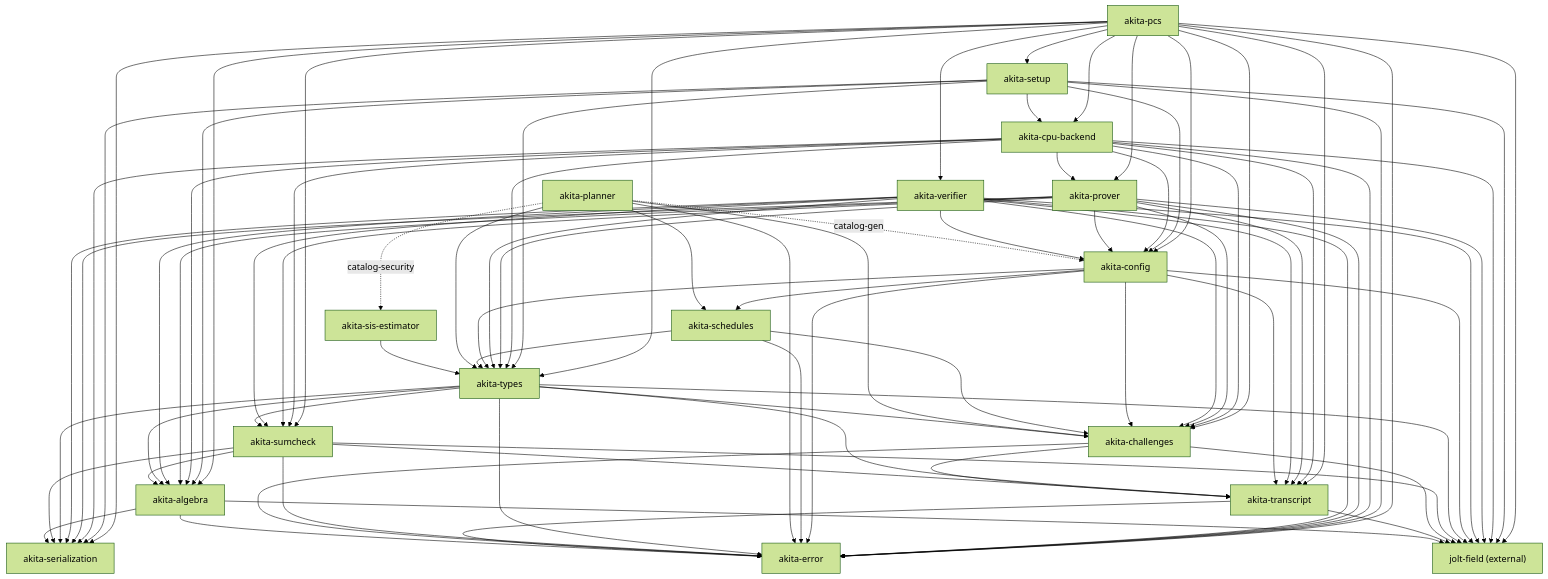
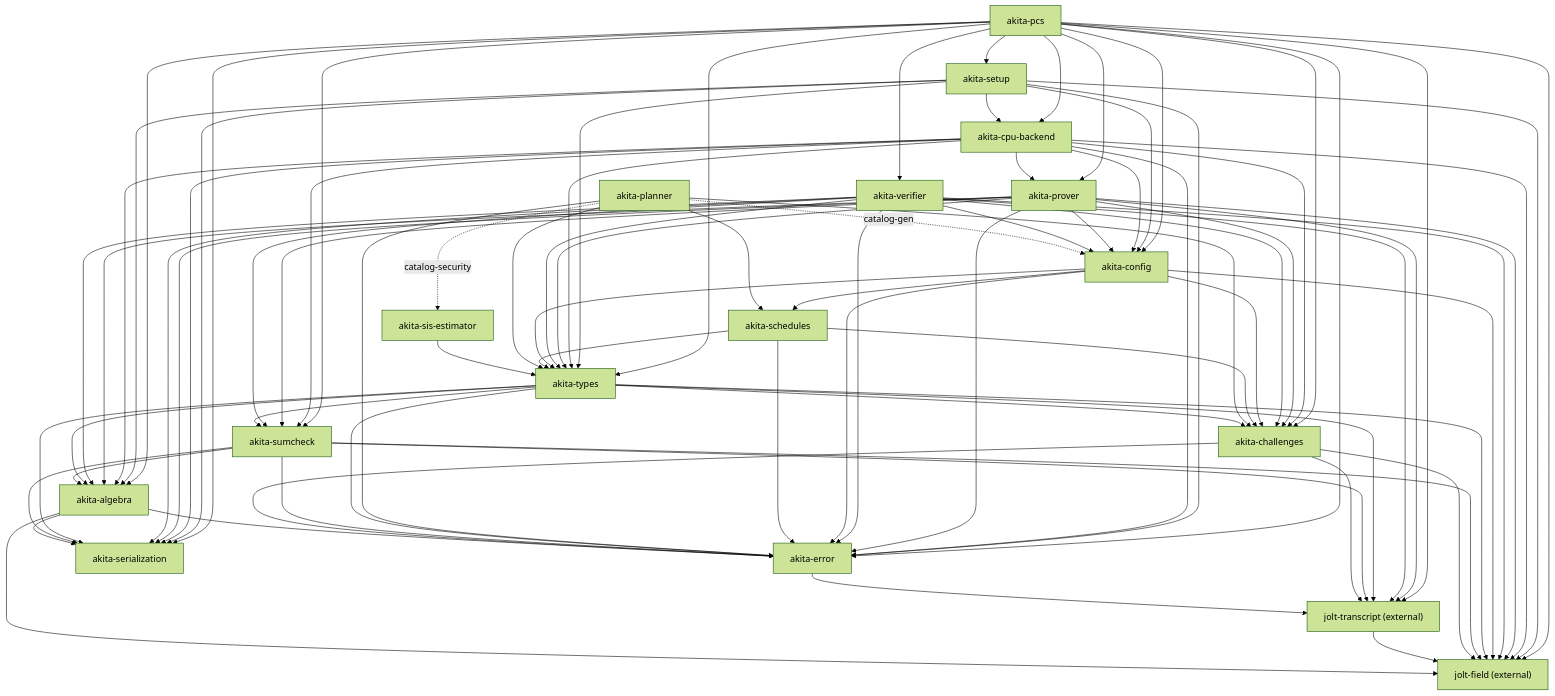
The diagram in docs/crate-graph.md (LayerZero-Labs/akita), drawn with Mermaid (forest theme) before and after one commit. The commit also changed other lines of this file and 20 other files, not shown here.

First line of the commit message:
docs: describe Akita on the caller's jolt-transcript channel

```diff
--- a/docs/crate-graph.md
+++ b/docs/crate-graph.md
@@ -39,7 +39,7 @@
   Ser["akita-serialization"]
   Field["jolt-field (external)"]
   Algebra["akita-algebra"]
-  Transcript["akita-transcript"]
+  Transcript["jolt-transcript (external)"]
   Challenges["akita-challenges"]
   Sumcheck["akita-sumcheck"]
   Types["akita-types"]
@@ -56,8 +56,8 @@
   Algebra --> Error
   Algebra --> Field
   Algebra --> Ser
-  Transcript --> Error
   Transcript --> Field
+  Error --> Transcript
   Challenges --> Error
   Challenges --> Field
   Challenges --> Transcript
@@ -86,7 +86,6 @@
   Config --> Error
   Config --> Challenges
   Config --> Field
-  Config --> Transcript
   Config --> Types
   Config --> Schedules
   Verifier --> Error
@@ -115,7 +114,6 @@
   Cpu --> Field
   Cpu --> Ser
   Cpu --> Sumcheck
-  Cpu --> Transcript
   Cpu --> Types
   Setup --> Error
   Setup --> Algebra
```
